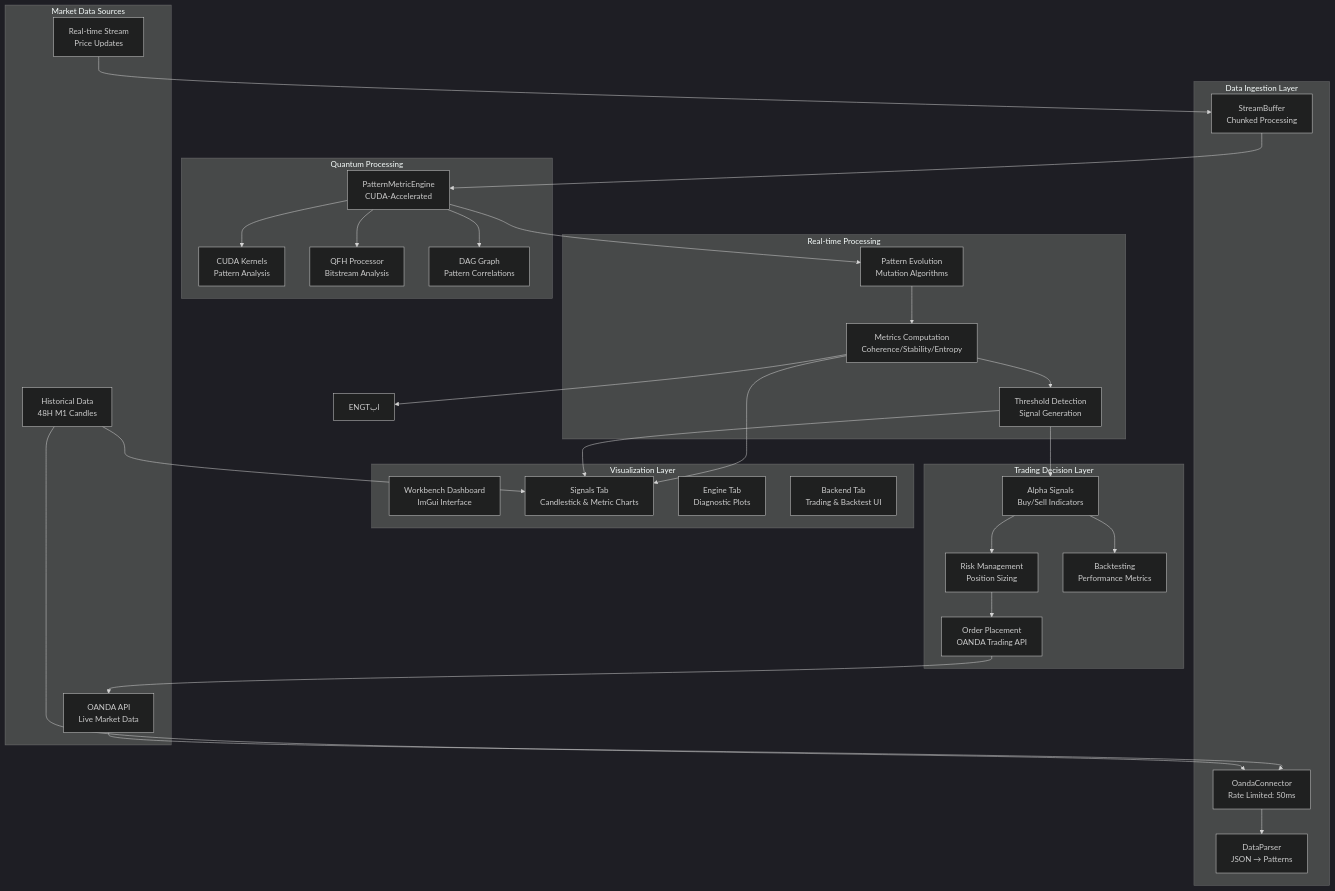
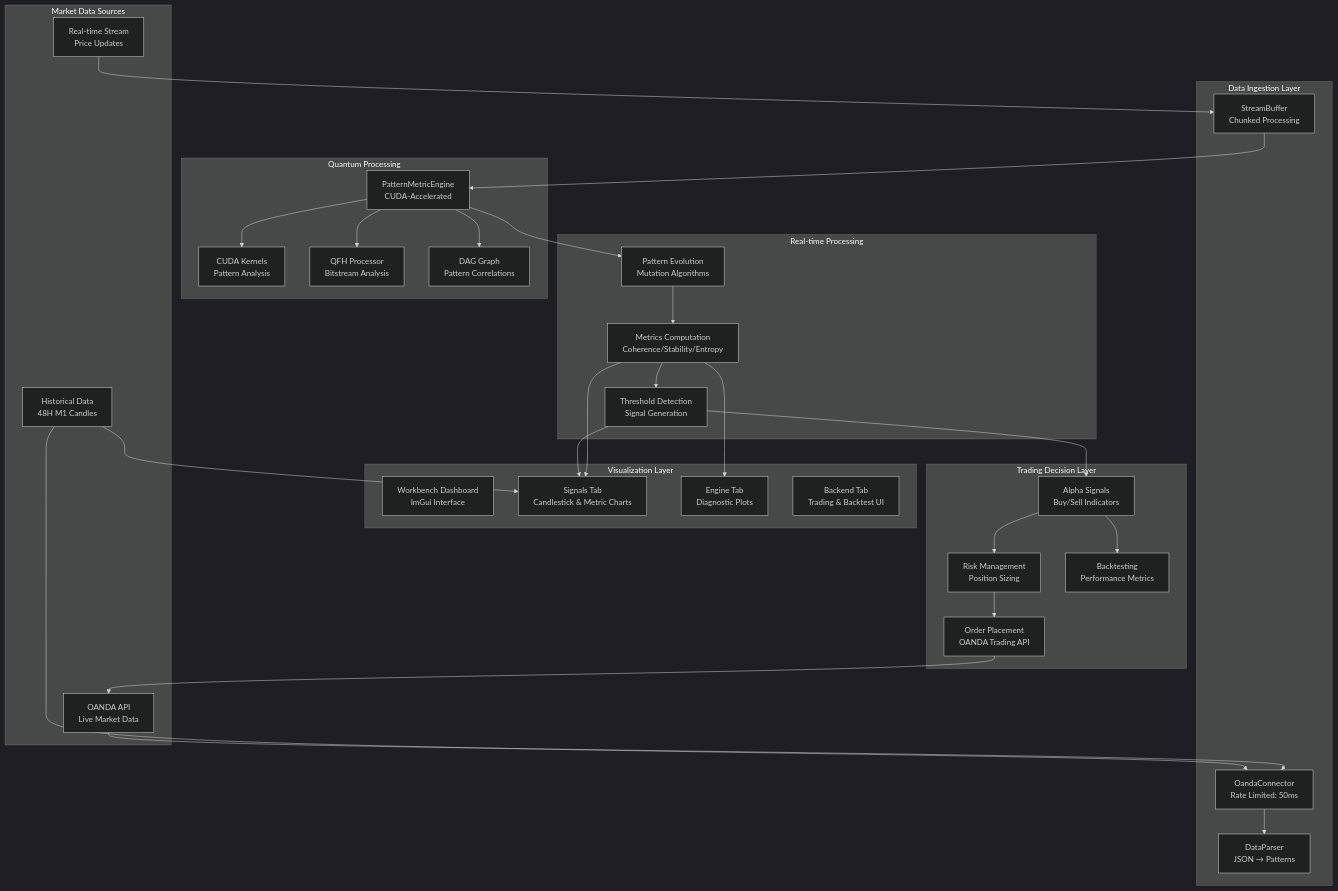
The diagram in docs/DATA.md (SepDynamics/sep), drawn with Mermaid (dark theme) before and after one commit. The commit also changed other lines of this file and 20 other files, not shown here.

````diff
--- a/docs/DATA.md
+++ b/docs/DATA.md
@@ -11,63 +11,63 @@
 ```mermaid
 graph TB
     subgraph "Market Data Sources"
         OANDA[OANDA API<br/>Live Market Data]
         HIST[Historical Data<br/>48H M1 Candles]
         STREAM[Real-time Stream<br/>Price Updates]
     end
 
     subgraph "Data Ingestion Layer"
         CONN[OandaConnector<br/>Rate Limited: 50ms]
         PARSER[DataParser<br/>JSON → Patterns]
         BUFFER[StreamBuffer<br/>Chunked Processing]
     end
 
     subgraph "Quantum Processing"
         PME[PatternMetricEngine<br/>CUDA-Accelerated]
         CUDA[CUDA Kernels<br/>Pattern Analysis]
         QFH[QFH Processor<br/>Bitstream Analysis]
         DAG[DAG Graph<br/>Pattern Correlations]
     end
 
     subgraph "Real-time Processing"
         EVOLVE[Pattern Evolution<br/>Mutation Algorithms]
         METRICS[Metrics Computation<br/>Coherence/Stability/Entropy]
         THRESH[Threshold Detection<br/>Signal Generation]
     end
 
     subgraph "Visualization Layer"
         DASHBOARD[Workbench Dashboard<br/>ImGui Interface]
         SIGTAB[Signals Tab<br/>Candlestick & Metric Charts]
         ENGTAB[Engine Tab<br/>Diagnostic Plots]
         BACKTAB[Backend Tab<br/>Trading & Backtest UI]
     end
 
     subgraph "Trading Decision Layer"
         SIGNALS[Alpha Signals<br/>Buy/Sell Indicators]
         RISK[Risk Management<br/>Position Sizing]
         ORDERS[Order Placement<br/>OANDA Trading API]
         BACKTEST[Backtesting<br/>Performance Metrics]
     end
 
     %% Data Flow Connections
     OANDA --> CONN
     HIST --> CONN
     STREAM --> BUFFER
     CONN --> PARSER
     BUFFER --> PME
     PME --> CUDA
     PME --> QFH
     PME --> DAG
     PME --> EVOLVE
     EVOLVE --> METRICS
     METRICS --> THRESH
     METRICS --> SIGTAB
     HIST --> SIGTAB
     THRESH --> SIGTAB
-    METRICS --> ENGTاب
+    METRICS --> ENGTAB
     THRESH --> SIGNALS
     SIGNALS --> RISK
     SIGNALS --> BACKTEST
     RISK --> ORDERS
     ORDERS --> OANDA
 ```
````
